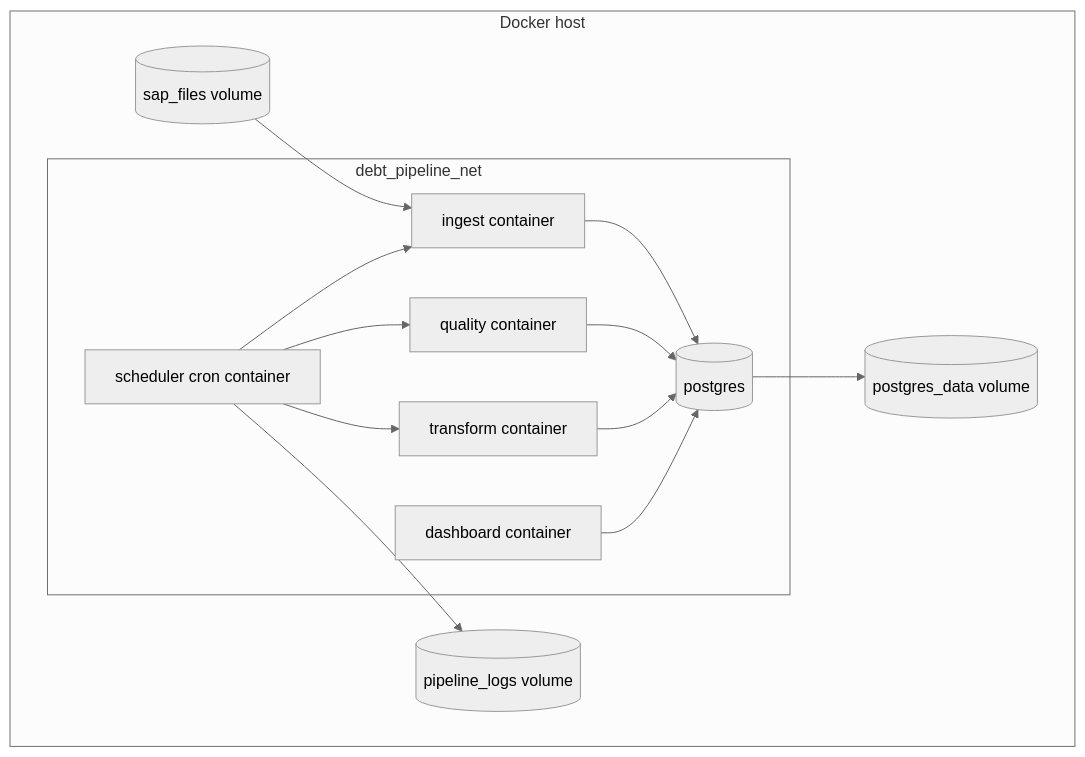
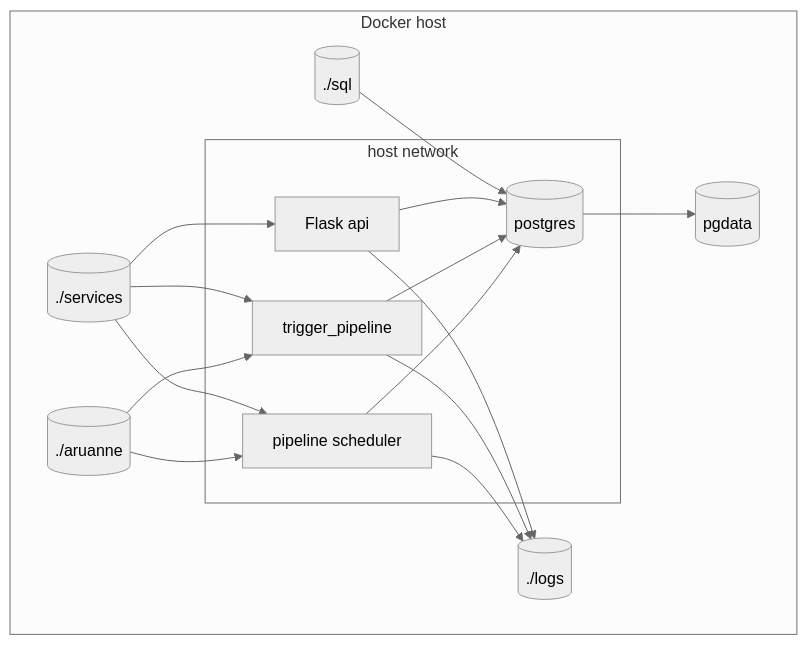
The diagram in docs/it_arhitektuur/03_evitus_diagram.md (joosephook/andmeinseneeria-projekt), drawn with Mermaid (neutral theme) before and after one commit. The commit also changed other lines of this file and 13 other files, not shown here.

````diff
--- a/docs/it_arhitektuur/03_evitus_diagram.md
+++ b/docs/it_arhitektuur/03_evitus_diagram.md
@@ -49,28 +49,31 @@
 ```mermaid
 flowchart TB
     subgraph DockerHost[Docker host]
-        subgraph Net[debt_pipeline_net]
+        subgraph HostNet[host network]
             Postgres[(postgres)]
-            Ingest[ingest container]
-            Quality[quality container]
-            Transform[transform container]
-            Scheduler[scheduler cron container]
-            Dashboard[dashboard container]
+            Pipeline[pipeline scheduler]
+            Trigger[trigger_pipeline]
+            Api[Flask api]
         end
 
-        SapFiles[(sap_files volume)]
-        PgData[(postgres_data volume)]
-        Logs[(pipeline_logs volume)]
+        Aruanne[(./aruanne)]
+        PgData[(pgdata)]
+        Logs[(./logs)]
+        Sql[(./sql)]
+        Services[(./services)]
     end
 
-    SapFiles --> Ingest
-    Ingest --> Postgres
-    Quality --> Postgres
-    Transform --> Postgres
-    Dashboard --> Postgres
-    Scheduler --> Ingest
-    Scheduler --> Quality
-    Scheduler --> Transform
+    Aruanne --> Pipeline
+    Aruanne --> Trigger
+    Pipeline --> Postgres
+    Trigger --> Postgres
+    Api --> Postgres
     Postgres --> PgData
-    Scheduler --> Logs
+    Sql --> Postgres
+    Services --> Pipeline
+    Services --> Trigger
+    Services --> Api
+    Pipeline --> Logs
+    Trigger --> Logs
+    Api --> Logs
 ```
````
